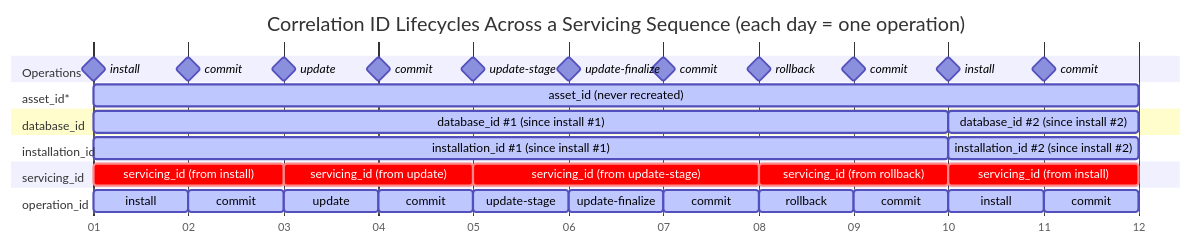
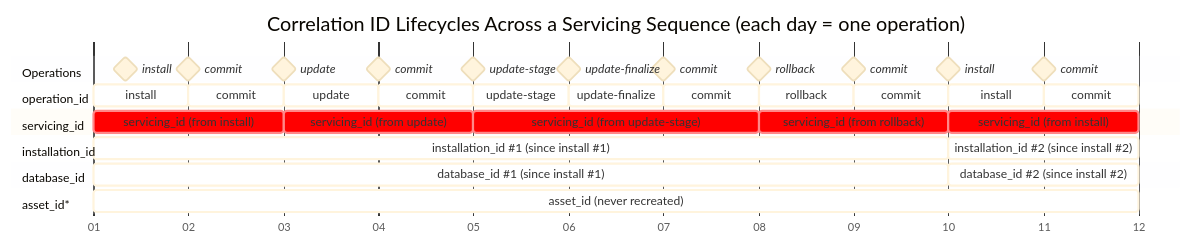
Before and after one commit to microsoft/trident: the diagram in docs/Reference/Telemetry.md, drawn with Mermaid.

Commit message:
docs: reverse ID stacking order, add per-ID colors, offset install milestone

````diff
--- a/docs/Reference/Telemetry.md
+++ b/docs/Reference/Telemetry.md
@@ -87,51 +87,62 @@
 ```mermaid
-%%{init: {'gantt': {'displayMode': 'compact'}}}%%
+---
+config:
+  theme: base
+  gantt:
+    displayMode: compact
+  themeCSS: |
+    rect[id^="asset"]  { fill: #6c757d !important; }
+    rect[id^="db"]     { fill: #1f77b4 !important; }
+    rect[id^="inst"]   { fill: #2ca02c !important; }
+    rect[id^="sid"]    { fill: #d62728 !important; }
+    rect[id^="o"]      { fill: #9467bd !important; }
+---
 gantt
-    dateFormat  YYYY-MM-DD
+    dateFormat  YYYY-MM-DD HH:mm
     axisFormat  %d
     title Correlation ID Lifecycles Across a Servicing Sequence (each day = one operation)
 
     section Operations
-    install            :milestone, m1, 2024-01-01, 0d
-    commit             :milestone, m2, 2024-01-02, 0d
-    update             :milestone, m3, 2024-01-03, 0d
-    commit             :milestone, m4, 2024-01-04, 0d
-    update-stage       :milestone, m5, 2024-01-05, 0d
-    update-finalize    :milestone, m6, 2024-01-06, 0d
-    commit             :milestone, m7, 2024-01-07, 0d
-    rollback           :milestone, m8, 2024-01-08, 0d
-    commit             :milestone, m9, 2024-01-09, 0d
-    install            :milestone, m10, 2024-01-10, 0d
-    commit             :milestone, m11, 2024-01-11, 0d
+    install            :milestone, m1, 2024-01-01 08:00, 0d
+    commit             :milestone, m2, 2024-01-02 00:00, 0d
+    update             :milestone, m3, 2024-01-03 00:00, 0d
+    commit             :milestone, m4, 2024-01-04 00:00, 0d
+    update-stage       :milestone, m5, 2024-01-05 00:00, 0d
+    update-finalize    :milestone, m6, 2024-01-06 00:00, 0d
+    commit             :milestone, m7, 2024-01-07 00:00, 0d
+    rollback           :milestone, m8, 2024-01-08 00:00, 0d
+    commit             :milestone, m9, 2024-01-09 00:00, 0d
+    install            :milestone, m10, 2024-01-10 00:00, 0d
+    commit             :milestone, m11, 2024-01-11 00:00, 0d
+
+    section operation_id
+    install         :active, o1, 2024-01-01 00:00, 1d
+    commit          :active, o2, 2024-01-02 00:00, 1d
+    update          :active, o3, 2024-01-03 00:00, 1d
+    commit          :active, o4, 2024-01-04 00:00, 1d
+    update-stage    :active, o5, 2024-01-05 00:00, 1d
+    update-finalize :active, o6, 2024-01-06 00:00, 1d
+    commit          :active, o7, 2024-01-07 00:00, 1d
+    rollback        :active, o8, 2024-01-08 00:00, 1d
+    commit          :active, o9, 2024-01-09 00:00, 1d
+    install         :active, o10, 2024-01-10 00:00, 1d
+    commit          :active, o11, 2024-01-11 00:00, 1d
+
+    section servicing_id
+    servicing_id (from install)           :crit, sid1, 2024-01-01 00:00, 2d
+    servicing_id (from update)            :crit, sid2, 2024-01-03 00:00, 2d
+    servicing_id (from update-stage)      :crit, sid3, 2024-01-05 00:00, 3d
+    servicing_id (from rollback)          :crit, sid4, 2024-01-08 00:00, 2d
+    servicing_id (from install)           :crit, sid5, 2024-01-10 00:00, 2d
+
+    section installation_id
+    installation_id #1 (since install #1) :active, inst1, 2024-01-01 00:00, 9d
+    installation_id #2 (since install #2) :active, inst2, 2024-01-10 00:00, 2d
+
+    section database_id
+    database_id #1 (since install #1)     :active, db1, 2024-01-01 00:00, 9d
+    database_id #2 (since install #2)     :active, db2, 2024-01-10 00:00, 2d
 
     section asset_id*
-    asset_id (never recreated)            :active, asset1, 2024-01-01, 11d
-
-    section database_id
-    database_id #1 (since install #1)     :active, db1, 2024-01-01, 9d
-    database_id #2 (since install #2)     :active, db2, 2024-01-10, 2d
-
-    section installation_id
-    installation_id #1 (since install #1) :active, inst1, 2024-01-01, 9d
-    installation_id #2 (since install #2) :active, inst2, 2024-01-10, 2d
-
-    section servicing_id
-    servicing_id (from install)           :crit, sid1, 2024-01-01, 2d
-    servicing_id (from update)            :crit, sid2, 2024-01-03, 2d
-    servicing_id (from update-stage)      :crit, sid3, 2024-01-05, 3d
-    servicing_id (from rollback)          :crit, sid4, 2024-01-08, 2d
-    servicing_id (from install)           :crit, sid5, 2024-01-10, 2d
-
-    section operation_id
-    install         :active, o1, 2024-01-01, 1d
-    commit          :active, o2, 2024-01-02, 1d
-    update          :active, o3, 2024-01-03, 1d
-    commit          :active, o4, 2024-01-04, 1d
-    update-stage    :active, o5, 2024-01-05, 1d
-    update-finalize :active, o6, 2024-01-06, 1d
-    commit          :active, o7, 2024-01-07, 1d
-    rollback        :active, o8, 2024-01-08, 1d
-    commit          :active, o9, 2024-01-09, 1d
-    install         :active, o10, 2024-01-10, 1d
-    commit          :active, o11, 2024-01-11, 1d
+    asset_id (never recreated)            :active, asset1, 2024-01-01 00:00, 11d
 ```
````
